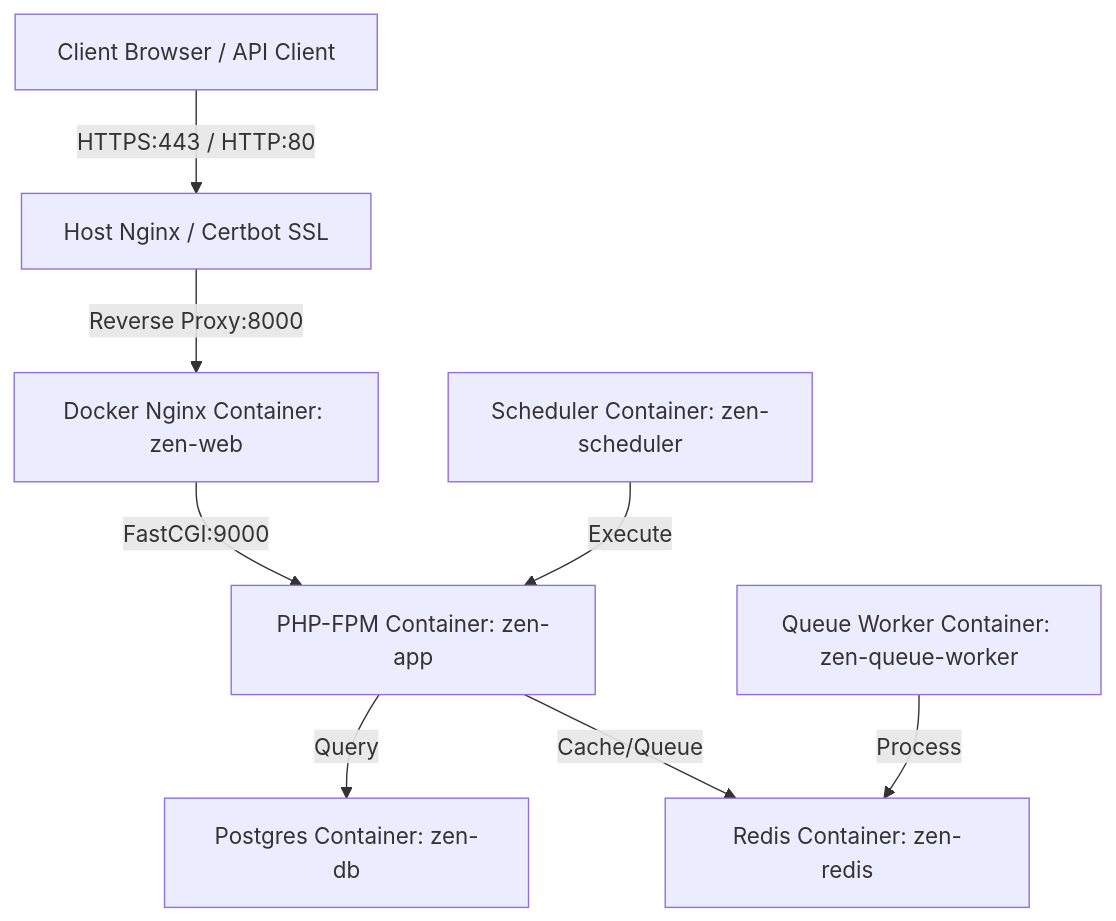
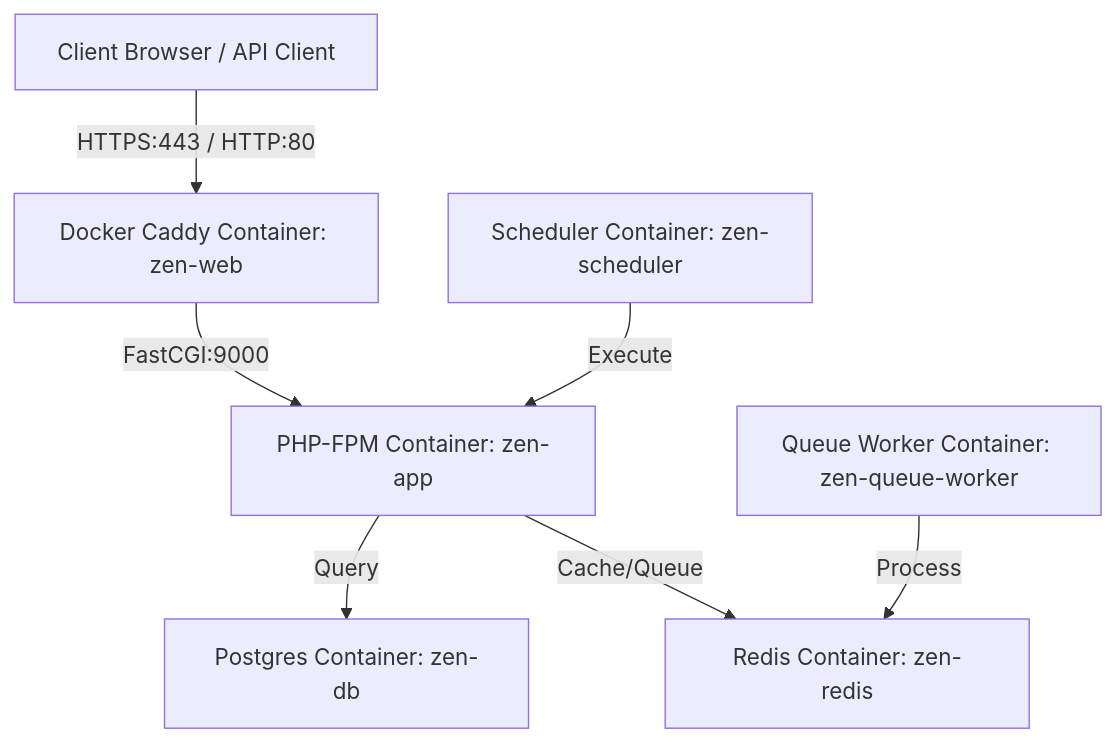
The diagram in README_DEPLOY.md (naingwin-aung/zen-backend), drawn with Mermaid before and after one commit. The commit also changed other lines of this file and 4 other files, not shown here.

````diff
--- a/README_DEPLOY.md
+++ b/README_DEPLOY.md
@@ -17,10 +17,9 @@
 ```mermaid
 graph TD
-    Client[Client Browser / API Client] -->|HTTPS:443 / HTTP:80| HostNginx[Host Nginx / Certbot SSL]
-    HostNginx -->|Reverse Proxy:8000| DockerNginx[Docker Nginx Container: zen-web]
-    DockerNginx -->|FastCGI:9000| AppContainer[PHP-FPM Container: zen-app]
+    Client[Client Browser / API Client] -->|HTTPS:443 / HTTP:80| DockerCaddy[Docker Caddy Container: zen-web]
+    DockerCaddy -->|FastCGI:9000| AppContainer[PHP-FPM Container: zen-app]
     AppContainer -->|Query| DB[Postgres Container: zen-db]
     AppContainer -->|Cache/Queue| Redis[Redis Container: zen-redis]
     QueueWorker[Queue Worker Container: zen-queue-worker] -->|Process| Redis
     Scheduler[Scheduler Container: zen-scheduler] -->|Execute| AppContainer
 ```
````
